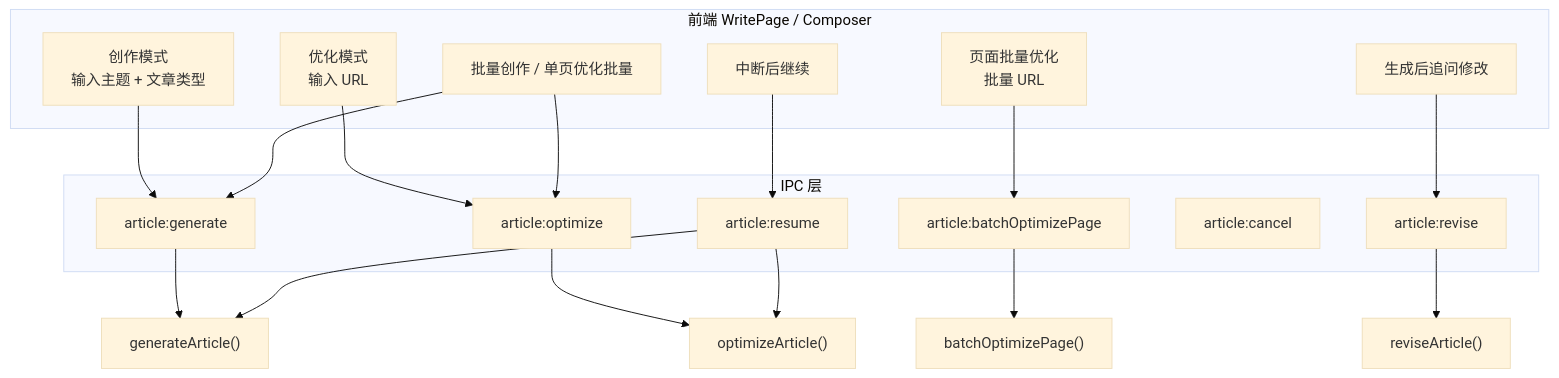
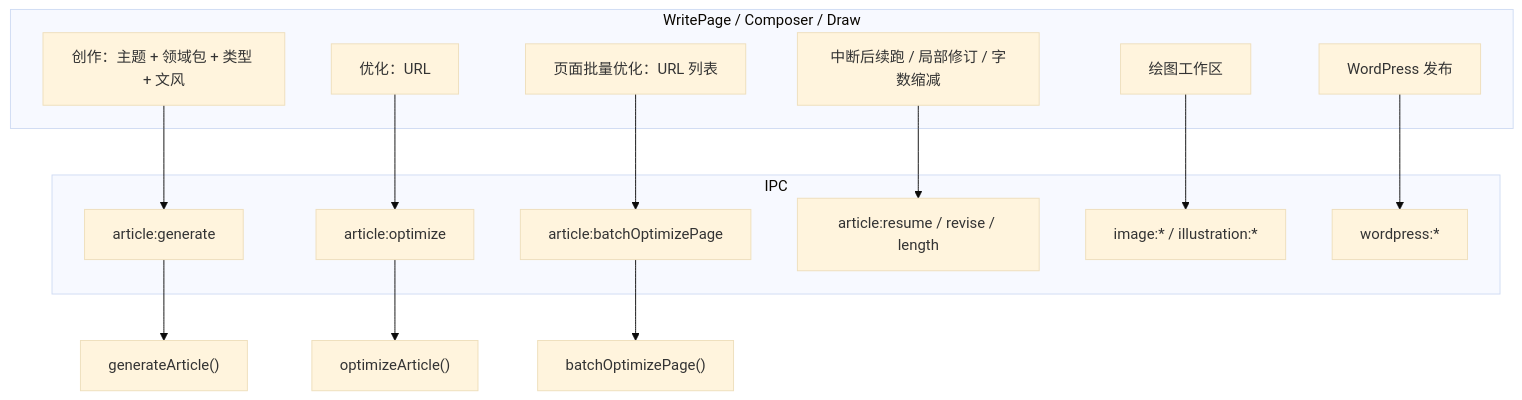
One commit to YieCham/seo-article-generate changed the first of 2 diagrams in README.md. Above: the diagram before and after it, drawn with Mermaid (base theme). The commit also changed other lines of this file, not shown here.

````diff
--- a/README.md
+++ b/README.md
@@ -56,35 +65,31 @@
 ```mermaid
 flowchart TB
-  subgraph UI["前端 WritePage / Composer"]
-    A1["创作模式<br/>输入主题 + 文章类型"]
-    A2["优化模式<br/>输入 URL"]
-    A3["页面批量优化<br/>批量 URL"]
-    A4["批量创作 / 单页优化批量"]
-    A5["中断后继续"]
-    A6["生成后追问修改"]
+  subgraph UI["WritePage / Composer / Draw"]
+    A1["创作：主题 + 领域包 + 类型 + 文风"]
+    A2["优化：URL"]
+    A3["页面批量优化：URL 列表"]
+    A4["绘图工作区"]
+    A5["中断后续跑 / 局部修订 / 字数缩减"]
+    A6["WordPress 发布"]
   end
 
-  subgraph IPC["IPC 层"]
+  subgraph IPC["IPC"]
     B1["article:generate"]
     B2["article:optimize"]
     B3["article:batchOptimizePage"]
-    B4["article:resume"]
-    B5["article:cancel"]
-    B6["article:revise"]
+    B4["article:resume / revise / length"]
+    B5["image:* / illustration:*"]
+    B6["wordpress:*"]
   end
 
   A1 --> B1
   A2 --> B2
   A3 --> B3
-  A4 --> B1
-  A4 --> B2
+  A4 --> B5
   A5 --> B4
   A6 --> B6
 
   B1 --> C1["generateArticle()"]
   B2 --> C2["optimizeArticle()"]
   B3 --> C3["batchOptimizePage()"]
-  B4 --> C1
-  B4 --> C2
-  B6 --> C4["reviseArticle()"]
 ```
````
